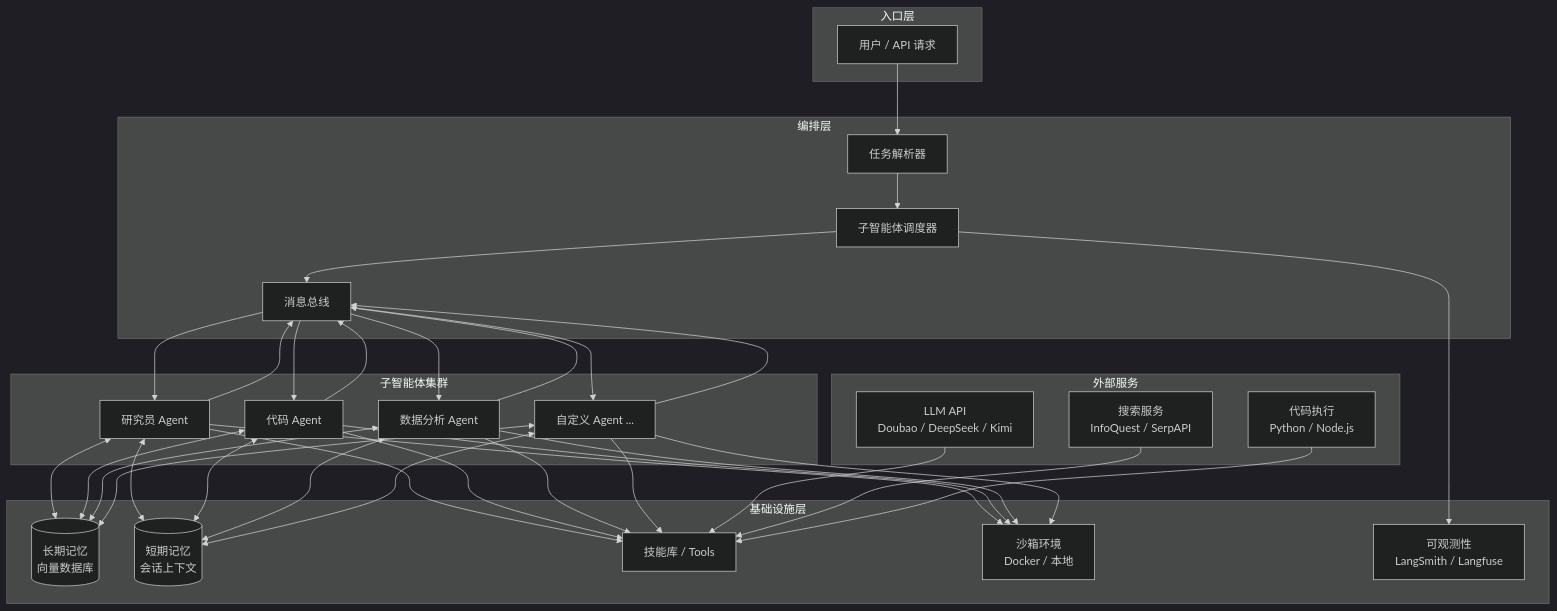
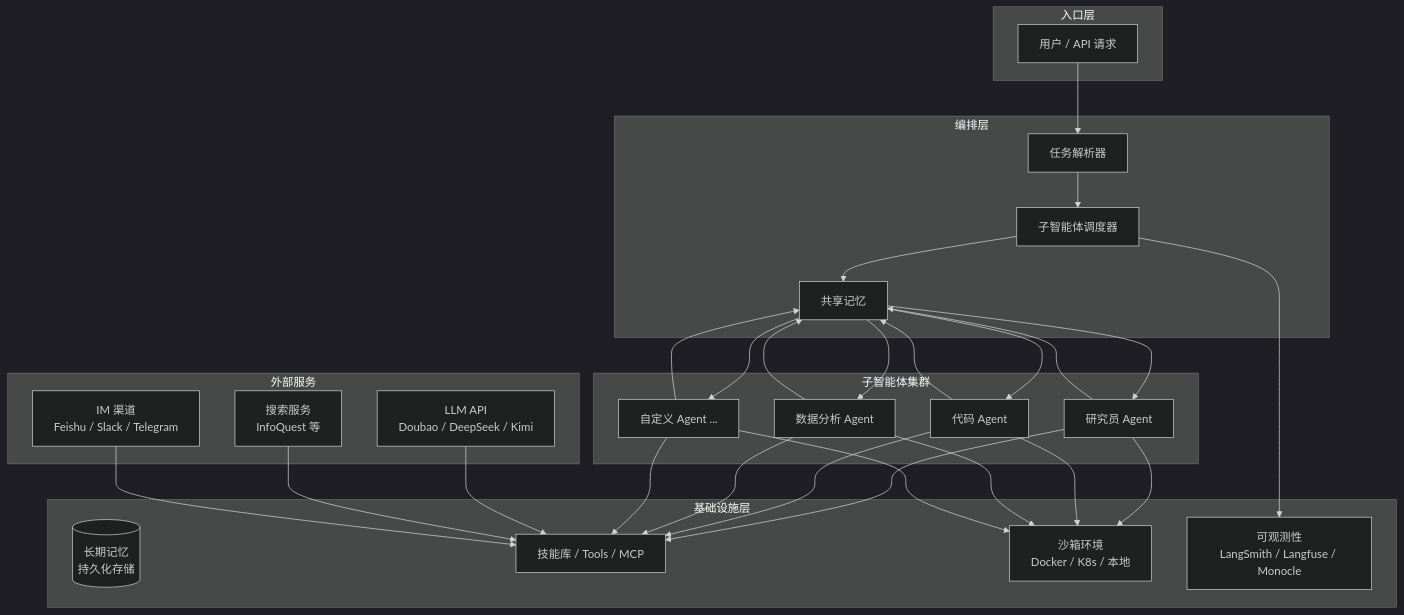
One commit to A1pha3/text-matrix changed the diagram in content/posts/tech/deer-flow-2-super-agent-harness-guide.md. Above: the diagram before and after it, drawn with Mermaid (dark theme). The commit also changed other lines of this file and 7 other files, not shown here.

````diff
--- a/content/posts/tech/deer-flow-2-super-agent-harness-guide.md
+++ b/content/posts/tech/deer-flow-2-super-agent-harness-guide.md
@@ -65,44 +74,42 @@
 ```mermaid
 graph TB
     subgraph Input["入口层"]
         A[用户 / API 请求]
     end
 
     subgraph Orchestrator["编排层"]
         B[任务解析器]
         C[子智能体调度器]
-        D[消息总线]
+        D[共享记忆]
     end
 
     subgraph Agents["子智能体集群"]
         E1[研究员 Agent]
         E2[代码 Agent]
         E3[数据分析 Agent]
         E4[自定义 Agent ...]
     end
 
     subgraph Infrastructure["基础设施层"]
-        F1[(长期记忆<br/>向量数据库)]
-        F2[(短期记忆<br/>会话上下文)]
-        G[技能库 / Tools]
-        H[沙箱环境<br/>Docker / 本地]
-        I[可观测性<br/>LangSmith / Langfuse]
+        F[(长期记忆<br/>持久化存储)]
+        G[技能库 / Tools / MCP]
+        H[沙箱环境<br/>Docker / K8s / 本地]
+        I[可观测性<br/>LangSmith / Langfuse / Monocle]
     end
 
     subgraph External["外部服务"]
         J[LLM API<br/>Doubao / DeepSeek / Kimi]
-        K[搜索服务<br/>InfoQuest / SerpAPI]
-        L[代码执行<br/>Python / Node.js]
+        K[搜索服务<br/>InfoQuest 等]
+        L[IM 渠道<br/>Feishu / Slack / Telegram]
     end
 
     A --> B
     B --> C
     C --> D
     D --> E1 & E2 & E3 & E4
     E1 & E2 & E3 & E4 --> D
-    E1 & E2 & E3 & E4 <--> F1 & F2
     E1 & E2 & E3 & E4 --> G
     E1 & E2 & E3 & E4 --> H
     C --> I
     J & K & L --> G
 ```
````
